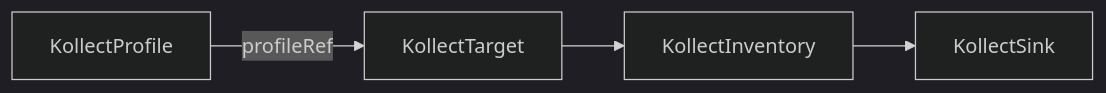
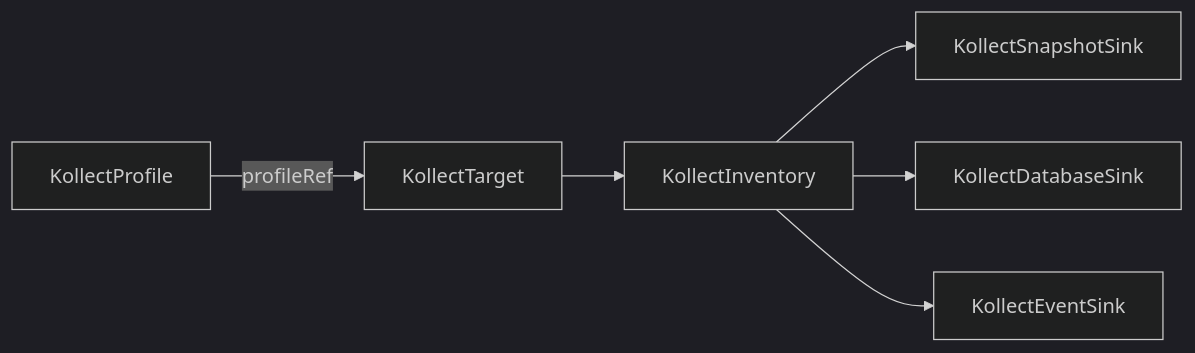
The diagram in docs/crds/kollectprofile.md (PlatformRelay/Kollect), drawn with Mermaid (dark theme) before and after one commit. The commit also changed 16 other files, not shown here.

````diff
--- a/docs/crds/kollectprofile.md
+++ b/docs/crds/kollectprofile.md
@@ -25,11 +25,15 @@
 ```mermaid
 flowchart LR
   Profile[KollectProfile]
   Target[KollectTarget]
   Inv[KollectInventory]
-  Sink[KollectSink]
+  Snap[KollectSnapshotSink]
+  Db[KollectDatabaseSink]
+  Ev[KollectEventSink]
 
   Profile -->|"profileRef"| Target
   Target --> Inv
-  Inv --> Sink
+  Inv --> Snap
+  Inv --> Db
+  Inv --> Ev
 ```
````
